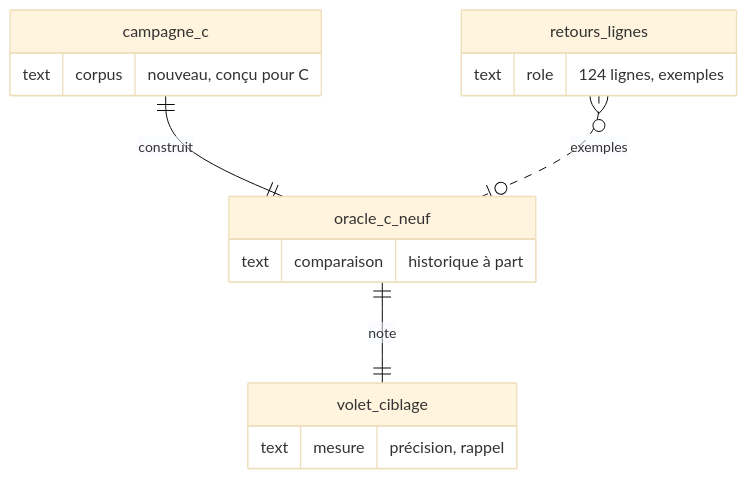
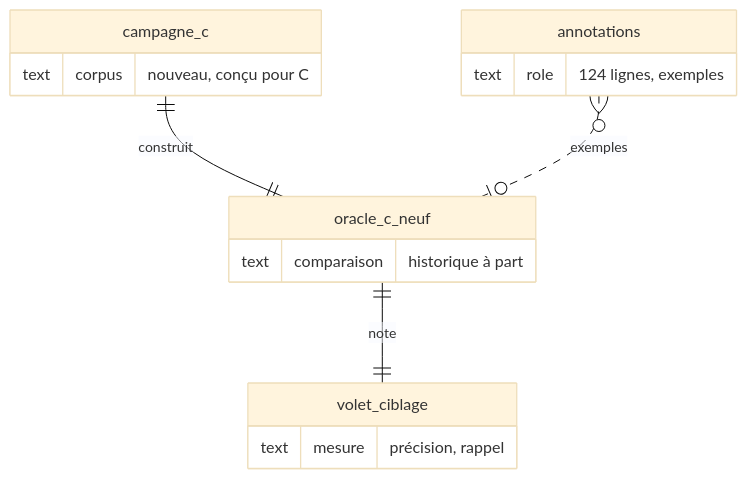
Diagram 15 of 20 in docs/spec/reports/dossier-retours-steve/DOSSIER_DECISION_RETOURS_STEVE_2026-10-03.md (rhanka/radar-immobilier), drawn with Mermaid (base theme) before and after one commit. The commit also changed other lines of this file and 41 other files, not shown here.

First line of the commit message:
docs(dossier-steve): architecture des données, annotations vivantes, D1 actée par l'owner

````diff
--- a/docs/spec/reports/dossier-retours-steve/DOSSIER_DECISION_RETOURS_STEVE_2026-10-03.md
+++ b/docs/spec/reports/dossier-retours-steve/DOSSIER_DECISION_RETOURS_STEVE_2026-10-03.md
@@ -1196,18 +1293,18 @@
 ```mermaid
 erDiagram
     campagne_c ||--|| oracle_c_neuf : construit
-    retours_lignes }o..o| oracle_c_neuf : exemples
+    annotations }o..o| oracle_c_neuf : exemples
     oracle_c_neuf ||--|| volet_ciblage : note
     campagne_c {
       text corpus "nouveau, conçu pour C"
     }
-    retours_lignes {
+    annotations {
       text role "124 lignes, exemples"
     }
     oracle_c_neuf {
       text comparaison "historique à part"
     }
     volet_ciblage {
       text mesure "précision, rappel"
     }
 ```
````
